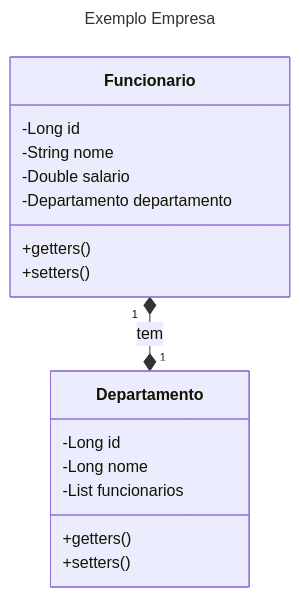
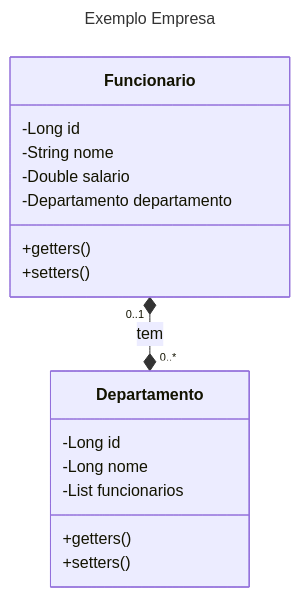
The diagram in README.md (lschlestein/hibernate), drawn with Mermaid before and after one commit. The commit also changed other lines of this file, not shown here.

````diff
--- a/README.md
+++ b/README.md
@@ -182,22 +182,22 @@
 ```mermaid
 ---
 title: Exemplo Empresa
 ---
 classDiagram
-    Funcionario "1" *--* "1" Departamento : tem
+    Funcionario "0..1" *--* "0..*" Departamento : tem
     class Funcionario{
         -Long id
         -String nome
         -Double salario
         -Departamento departamento
         +getters( )
         +setters( )
     }
     class Departamento{
         -Long id
         -Long nome
         -List<Funcionario> funcionarios
         +getters( )
         +setters( )
     }
 ```
````
